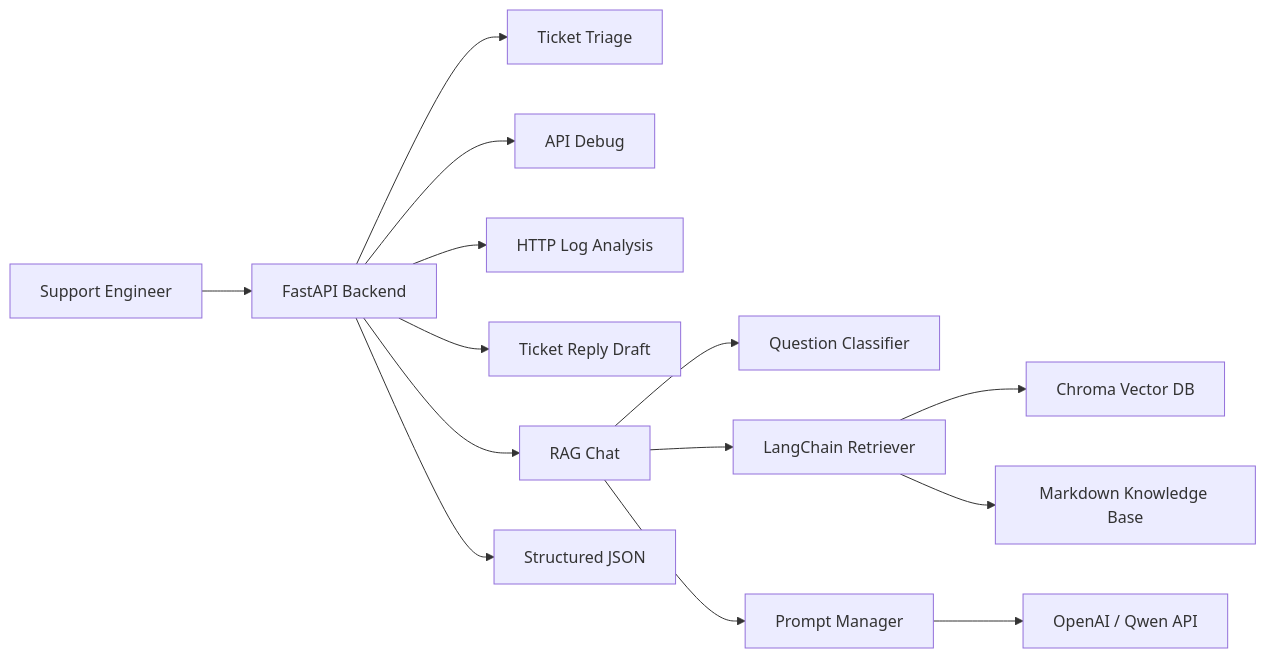
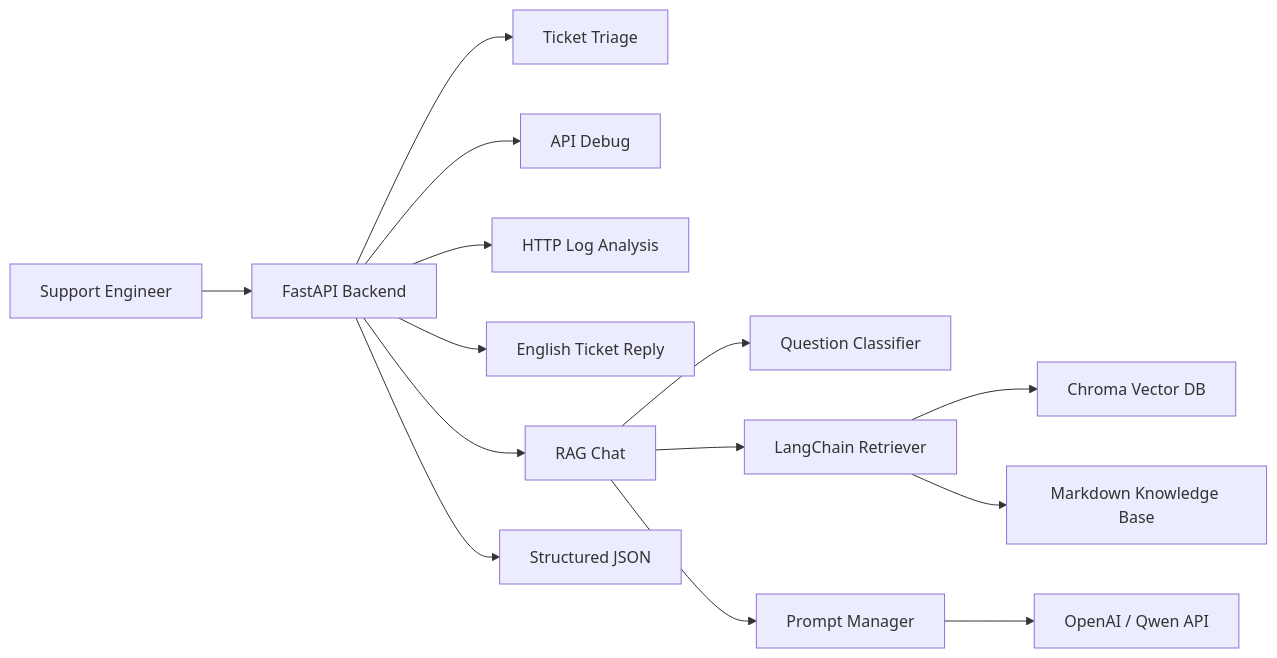
The diagram in README_EN.md (HAHAL/cloudsupport-ai), drawn with Mermaid before and after one commit. The commit also changed other lines of this file and 11 other files, not shown here.

````diff
--- a/README_EN.md
+++ b/README_EN.md
@@ -38,19 +56,19 @@
 ```mermaid
 flowchart LR
     User["Support Engineer"] --> API["FastAPI Backend"]
 
     API --> Triage["Ticket Triage"]
     API --> Debug["API Debug"]
     API --> Logs["HTTP Log Analysis"]
-    API --> Reply["Ticket Reply Draft"]
+    API --> Reply["English Ticket Reply"]
     API --> Chat["RAG Chat"]
 
     Chat --> Classifier["Question Classifier"]
     Chat --> Retriever["LangChain Retriever"]
     Retriever --> Chroma["Chroma Vector DB"]
     Retriever --> KB["Markdown Knowledge Base"]
     Chat --> Prompt["Prompt Manager"]
     Prompt --> LLM["OpenAI / Qwen API"]
 
     API --> JSON["Structured JSON"]
 ```
````
